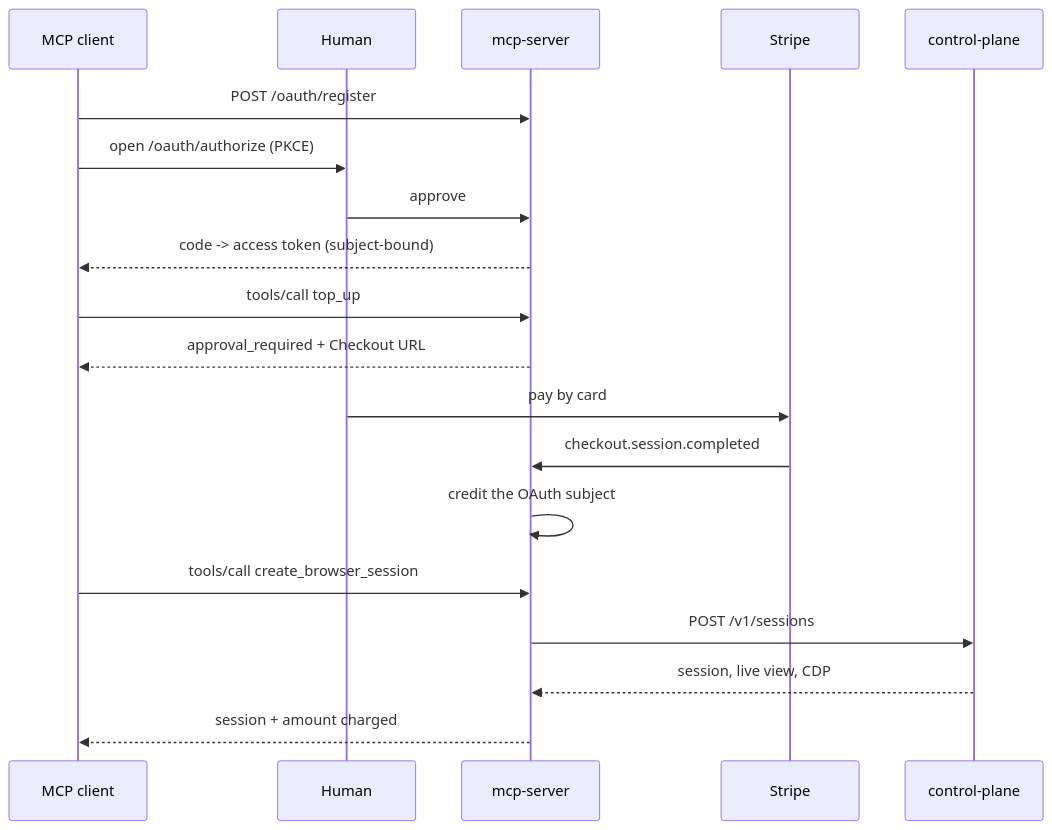
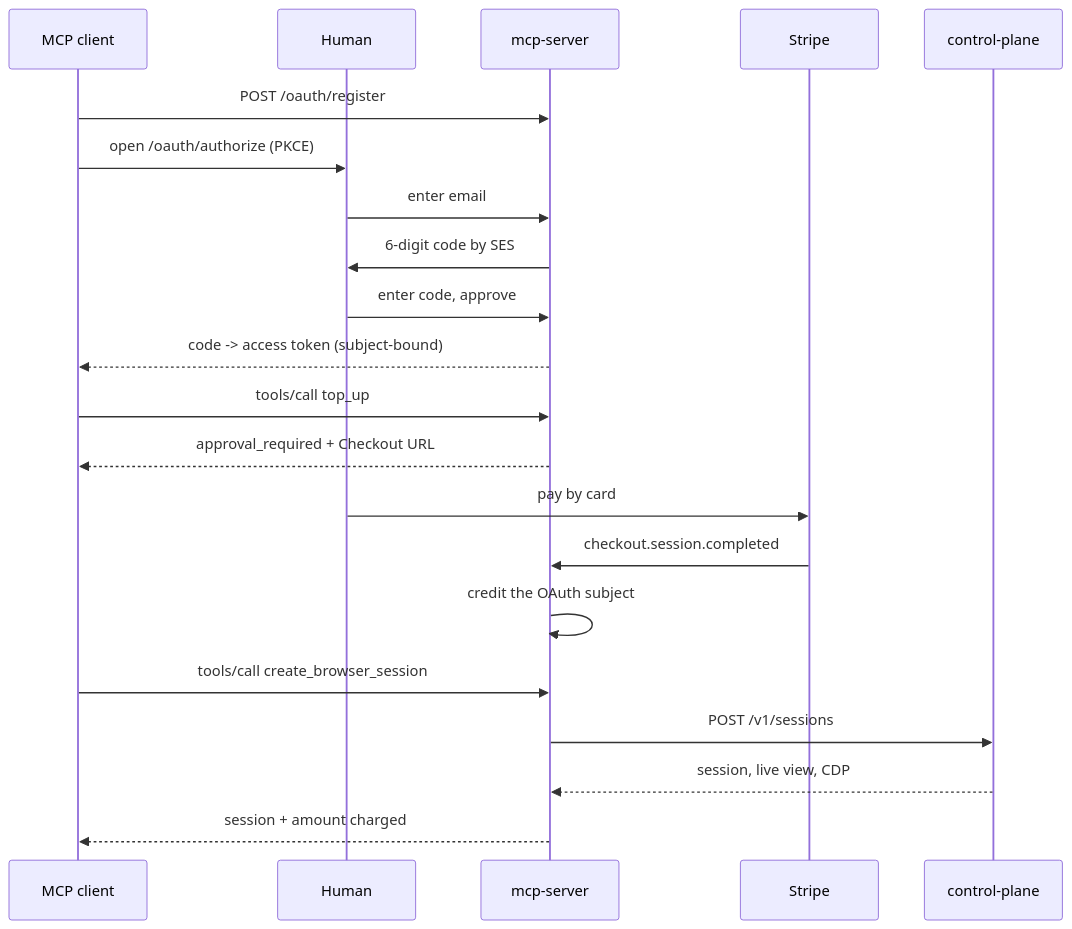
One commit to reclaimprotocol/popcorn-oss changed the diagram in docs/mcp-server.md. Above: the diagram before and after it, drawn with Mermaid. The commit also changed other lines of this file and 8 other files, not shown here.

Commit message:
feat(mcp-server): email OTP sign-in via AWS SES, no sign-up step

````diff
--- a/docs/mcp-server.md
+++ b/docs/mcp-server.md
@@ -14,22 +15,24 @@
 ```mermaid
 sequenceDiagram
     participant Agent as MCP client
     participant User as Human
     participant Mcp as mcp-server
     participant Stripe
     participant CP as control-plane
 
     Agent->>Mcp: POST /oauth/register
     Agent->>User: open /oauth/authorize (PKCE)
-    User->>Mcp: approve
+    User->>Mcp: enter email
+    Mcp->>User: 6-digit code by SES
+    User->>Mcp: enter code, approve
     Mcp-->>Agent: code -> access token (subject-bound)
     Agent->>Mcp: tools/call top_up
     Mcp-->>Agent: approval_required + Checkout URL
     User->>Stripe: pay by card
     Stripe->>Mcp: checkout.session.completed
     Mcp->>Mcp: credit the OAuth subject
     Agent->>Mcp: tools/call create_browser_session
     Mcp->>CP: POST /v1/sessions
     CP-->>Mcp: session, live view, CDP
     Mcp-->>Agent: session + amount charged
 ```
````
